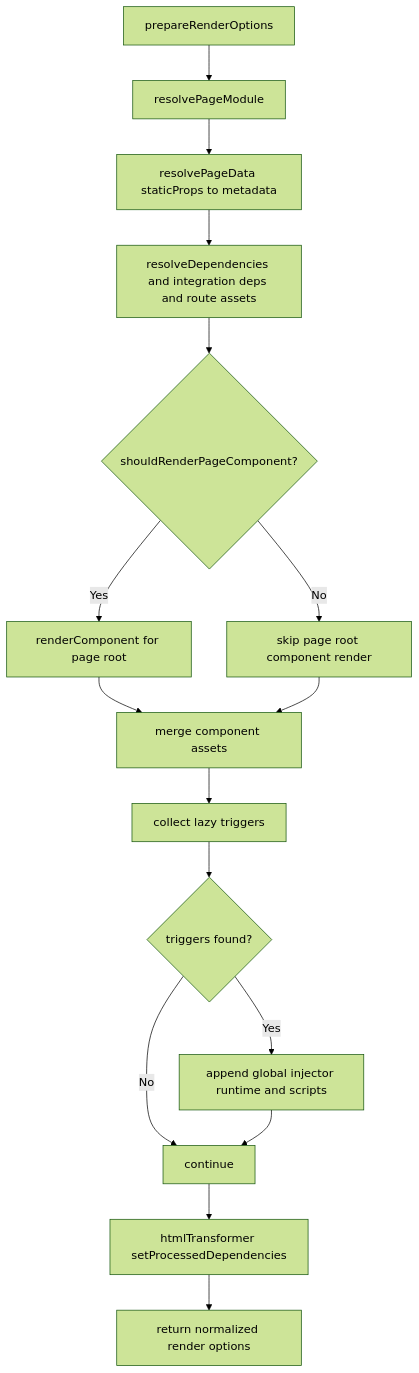
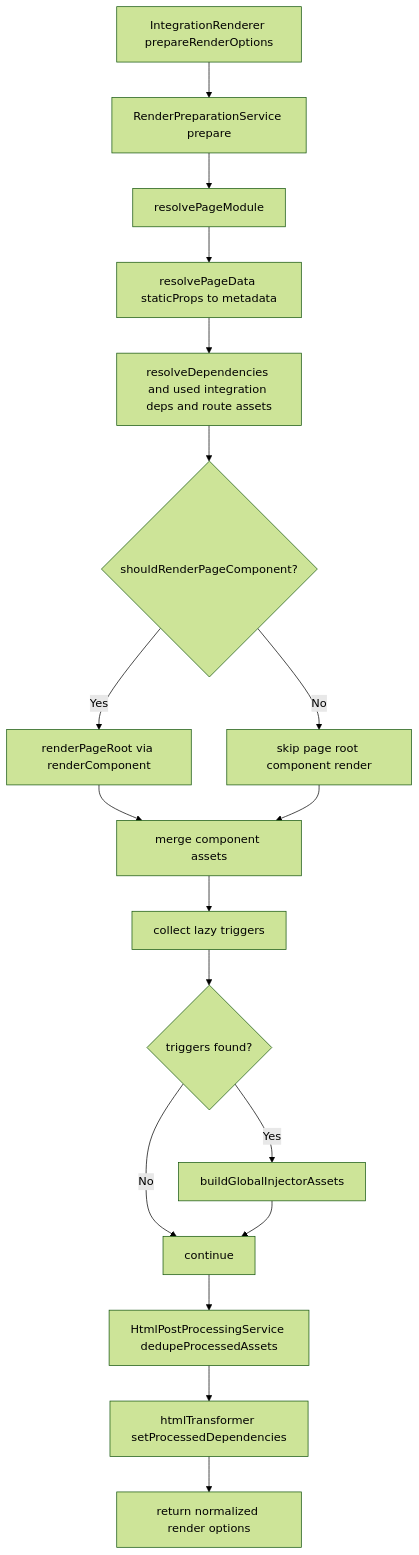
Before and after one commit to ecopages/ecopages: the fourth of 11 diagrams in packages/core/src/route-renderer/GRAPH.md, drawn with Mermaid (forest theme). The commit also changed other lines of this file and 16 other files, not shown here.

Commit message:
docs(core): update rendering graph and cover extracted rendering services

````diff
--- a/packages/core/src/route-renderer/GRAPH.md
+++ b/packages/core/src/route-renderer/GRAPH.md
@@ -115,18 +119,20 @@
 ```mermaid
 flowchart TD
-  A[prepareRenderOptions] --> B[resolvePageModule]
-  B --> C[resolvePageData staticProps to metadata]
-  C --> D[resolveDependencies and integration deps and route assets]
-  D --> E{shouldRenderPageComponent?}
-  E -- Yes --> F[renderComponent for page root]
-  E -- No --> G[skip page root component render]
-  F --> H[merge component assets]
-  G --> H
-  H --> I[collect lazy triggers]
-  I --> J{triggers found?}
-  J -- Yes --> K[append global injector runtime and scripts]
-  J -- No --> L[continue]
-  K --> L
-  L --> M[htmlTransformer setProcessedDependencies]
-  M --> N[return normalized render options]
+  A[IntegrationRenderer prepareRenderOptions] --> B[RenderPreparationService prepare]
+  B --> C[resolvePageModule]
+  C --> D[resolvePageData staticProps to metadata]
+  D --> E[resolveDependencies and used integration deps and route assets]
+  E --> F{shouldRenderPageComponent?}
+  F -- Yes --> G[renderPageRoot via renderComponent]
+  F -- No --> H[skip page root component render]
+  G --> I[merge component assets]
+  H --> I
+  I --> J[collect lazy triggers]
+  J --> K{triggers found?}
+  K -- Yes --> L[buildGlobalInjectorAssets]
+  K -- No --> M[continue]
+  L --> M
+  M --> N[HtmlPostProcessingService dedupeProcessedAssets]
+  N --> O[htmlTransformer setProcessedDependencies]
+  O --> P[return normalized render options]
 ```
````
